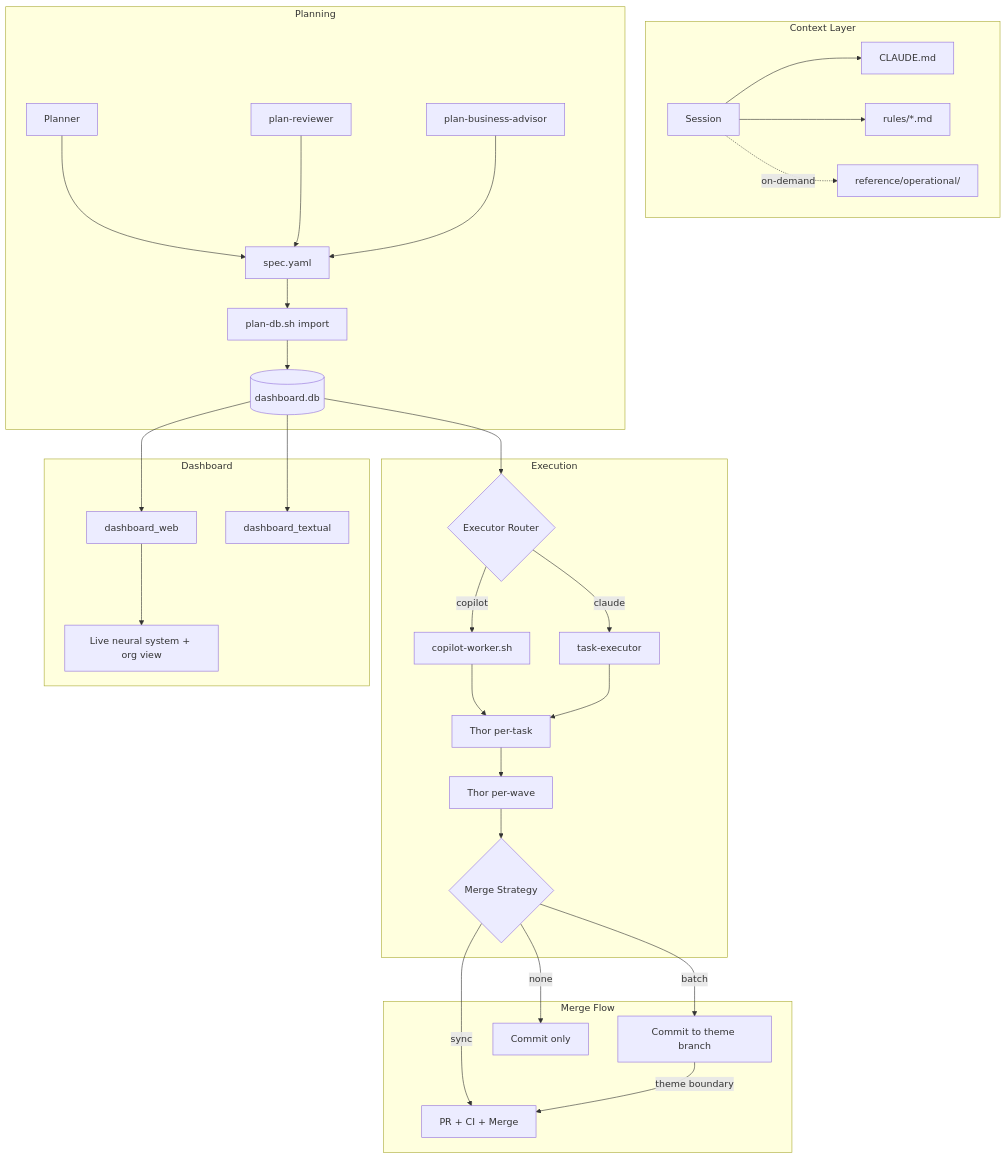
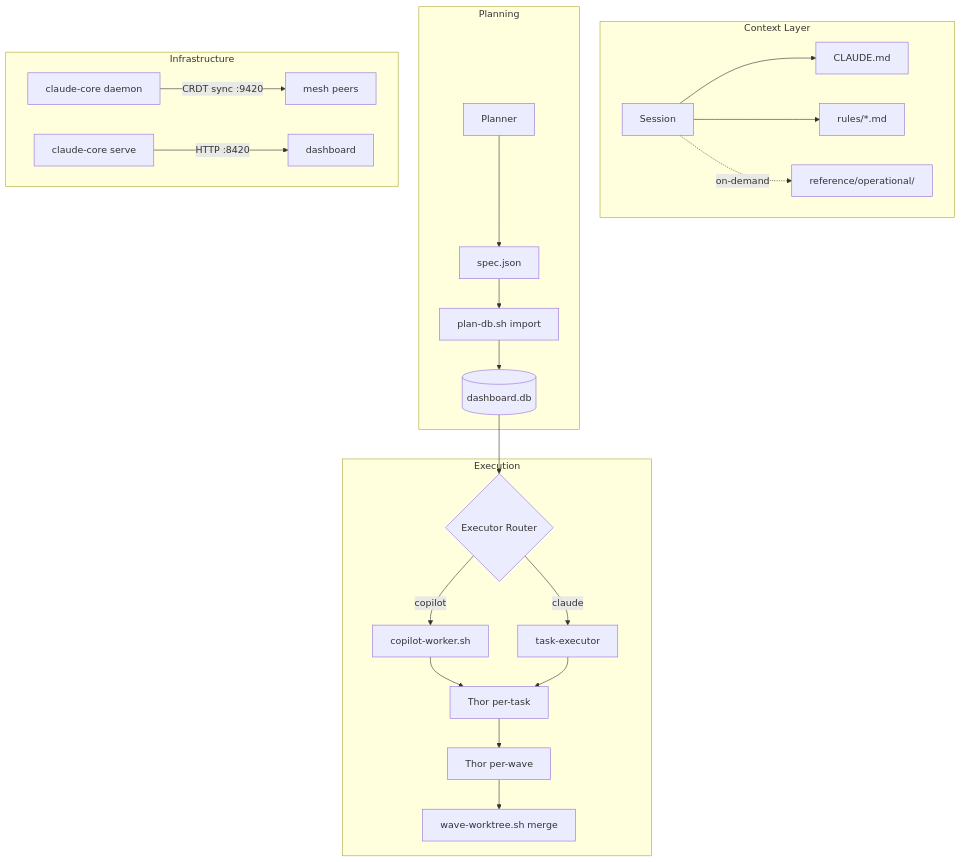
Before and after one commit to Roberdan/MyConvergio: the diagram in README.md, drawn with Mermaid. The commit also changed other lines of this file and 8 other files, not shown here.

````diff
--- a/README.md
+++ b/README.md
@@ -26,35 +14,26 @@
 ```mermaid
 graph TB
     subgraph "Context Layer"
         A[Session] --> B[CLAUDE.md]
         A --> C[rules/*.md]
         A -.->|on-demand| D[reference/operational/]
     end
     subgraph "Planning"
-        E["Planner"] --> F["spec.yaml"]
+        E[Planner] --> F[spec.json]
         F --> G[plan-db.sh import]
         G --> H[(dashboard.db)]
-        I[plan-reviewer] --> F
-        J[plan-business-advisor] --> F
     end
     subgraph "Execution"
         H --> K{Executor Router}
         K -->|copilot| L[copilot-worker.sh]
         K -->|claude| M[task-executor]
         L --> N[Thor per-task]
         M --> N
         N --> O[Thor per-wave]
-        O --> P{Merge Strategy}
+        O --> P[wave-worktree.sh merge]
     end
-    subgraph "Merge Flow"
-        P -->|sync| Q[PR + CI + Merge]
-        P -->|batch| R[Commit to theme branch]
-        P -->|none| S[Commit only]
-        R -->|theme boundary| Q
-    end
-    subgraph "Dashboard"
-        H --> T[dashboard_web]
-        H --> U[dashboard_textual]
-        T --> V[Live neural system + org view]
+    subgraph "Infrastructure"
+        Q[claude-core daemon] -->|CRDT sync :9420| R[mesh peers]
+        S[claude-core serve] -->|HTTP :8420| T[dashboard]
     end
 ```
````
